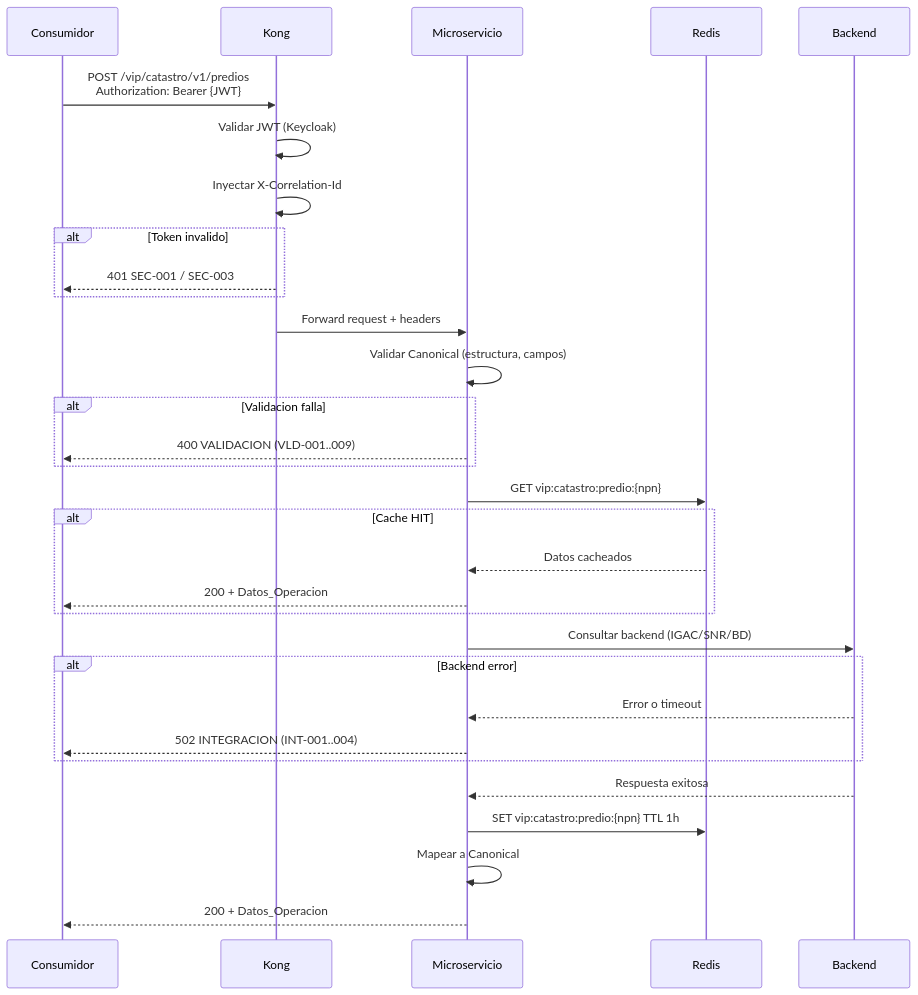
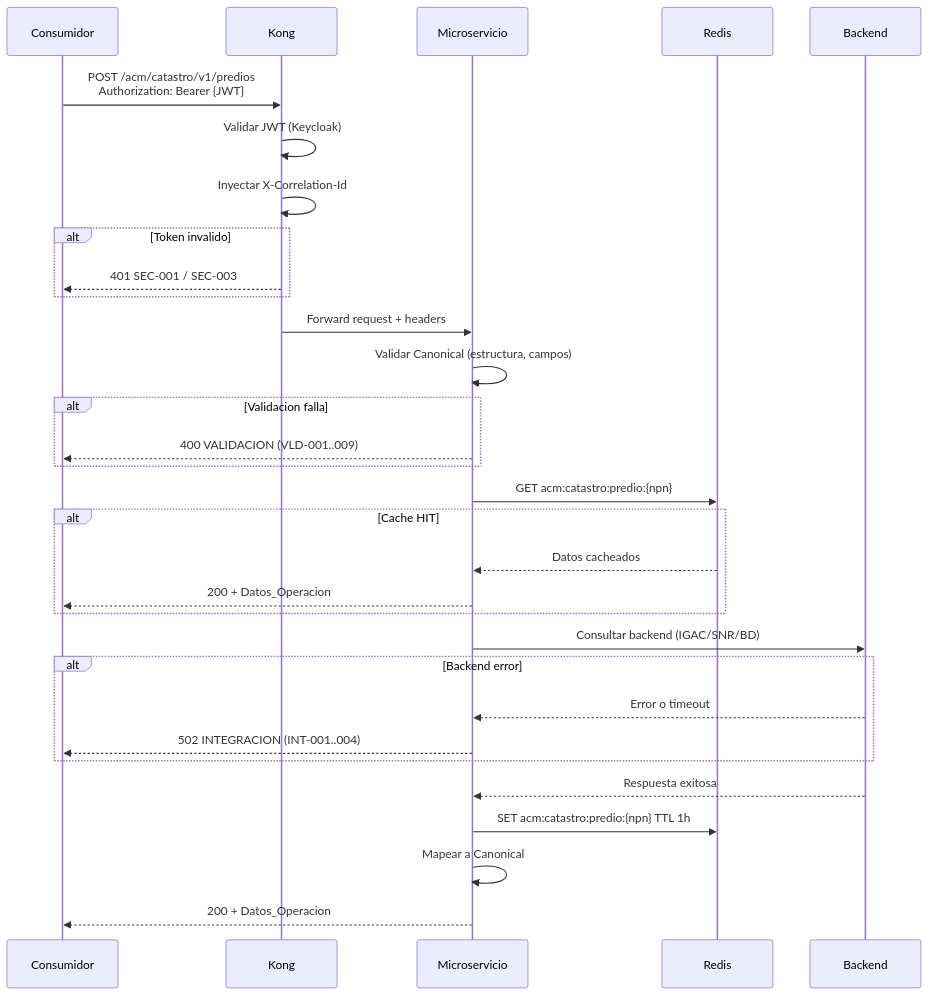
One commit to Fsega08/vip-lineamientos-wiki changed the third of 5 diagrams in overview.md. Above: the diagram before and after it, drawn with Mermaid. The commit also changed other lines of this file and 17 other files, not shown here.

First line of the commit message:
Cambiar prefijo de vip a acm en toda la wiki

````diff
--- a/overview.md
+++ b/overview.md
@@ -118,42 +118,42 @@
 ```mermaid
 sequenceDiagram
     participant C as Consumidor
     participant K as Kong
     participant MS as Microservicio
     participant RD as Redis
     participant BE as Backend
 
-    C->>K: POST /vip/catastro/v1/predios<br>Authorization: Bearer {JWT}
+    C->>K: POST /acm/catastro/v1/predios<br>Authorization: Bearer {JWT}
     K->>K: Validar JWT (Keycloak)
     K->>K: Inyectar X-Correlation-Id
 
     alt Token invalido
         K-->>C: 401 SEC-001 / SEC-003
     end
 
     K->>MS: Forward request + headers
     MS->>MS: Validar Canonical (estructura, campos)
 
     alt Validacion falla
         MS-->>C: 400 VALIDACION (VLD-001..009)
     end
 
-    MS->>RD: GET vip:catastro:predio:{npn}
+    MS->>RD: GET acm:catastro:predio:{npn}
 
     alt Cache HIT
         RD-->>MS: Datos cacheados
         MS-->>C: 200 + Datos_Operacion
     end
 
     MS->>BE: Consultar backend (IGAC/SNR/BD)
 
     alt Backend error
         BE-->>MS: Error o timeout
         MS-->>C: 502 INTEGRACION (INT-001..004)
     end
 
     BE-->>MS: Respuesta exitosa
-    MS->>RD: SET vip:catastro:predio:{npn} TTL 1h
+    MS->>RD: SET acm:catastro:predio:{npn} TTL 1h
     MS->>MS: Mapear a Canonical
     MS-->>C: 200 + Datos_Operacion
 ```
````
